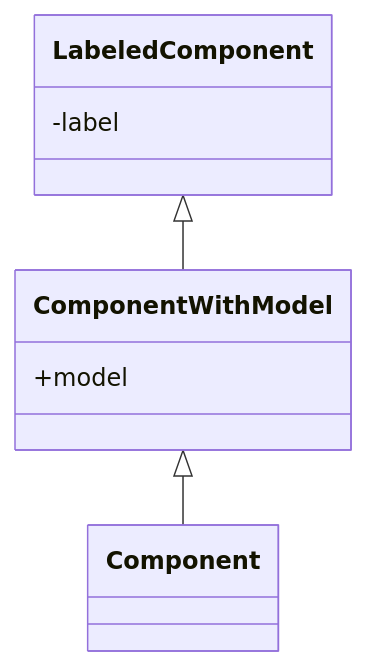
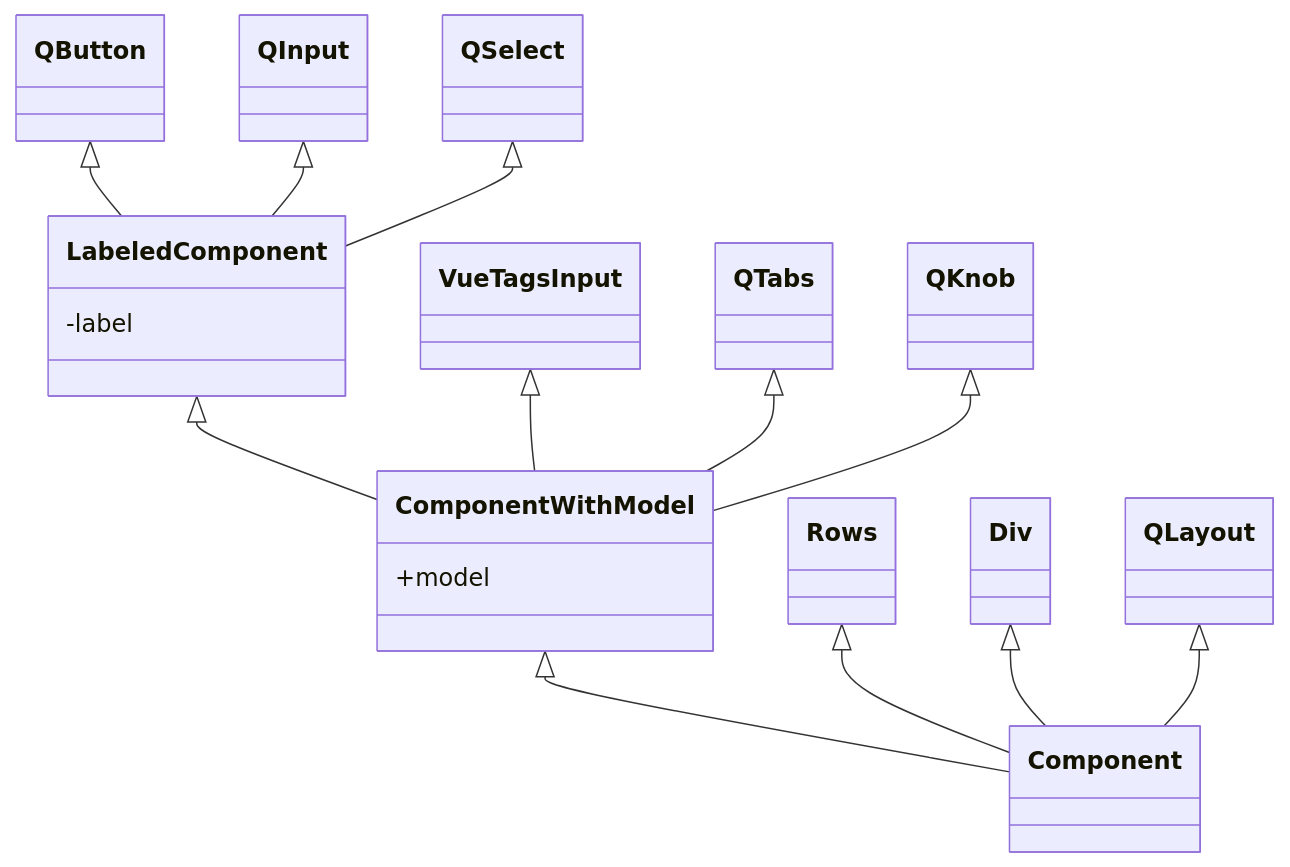
The diagram in docs/components.md (BarnabasSzabolcs/pyquasargui), drawn with Mermaid before and after one commit. The commit also changed other lines of this file and 1 other file, not shown here.

Commit message:
improves mermaid class diagram

````diff
--- a/docs/components.md
+++ b/docs/components.md
@@ -12,11 +12,20 @@
-    ```mermaid
-    classDiagram
-        LabeledComponent <|-- ComponentWithModel
-        ComponentWithModel <|-- Component
-        class LabeledComponent{
-        -label
-        }
-        class ComponentWithModel{
-        +model
-        }
-    ```
+```mermaid
+classDiagram
+    QButton <|-- LabeledComponent
+    QInput <|-- LabeledComponent
+    QSelect <|-- LabeledComponent
+    LabeledComponent <|-- ComponentWithModel
+    VueTagsInput <|-- ComponentWithModel
+    QTabs <|-- ComponentWithModel
+    QKnob <|-- ComponentWithModel
+    ComponentWithModel <|-- Component
+    Rows <|-- Component
+    Div <|-- Component
+    QLayout <|-- Component
+    class LabeledComponent{
+    -label
+    }
+    class ComponentWithModel{
+    +model
+    }
+```
````
